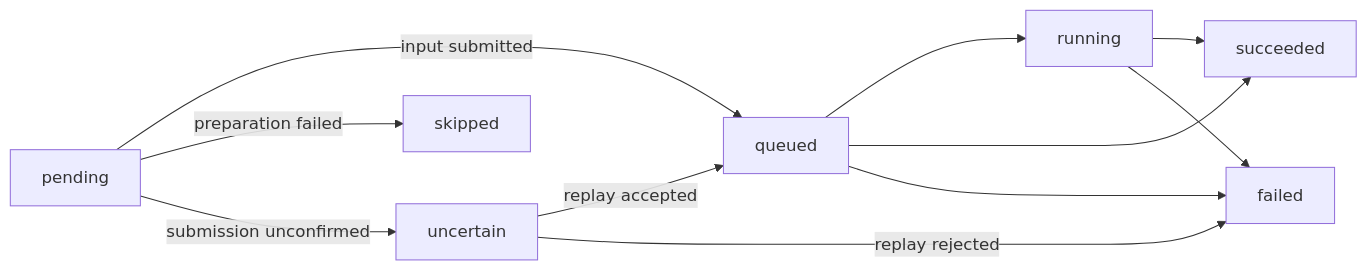
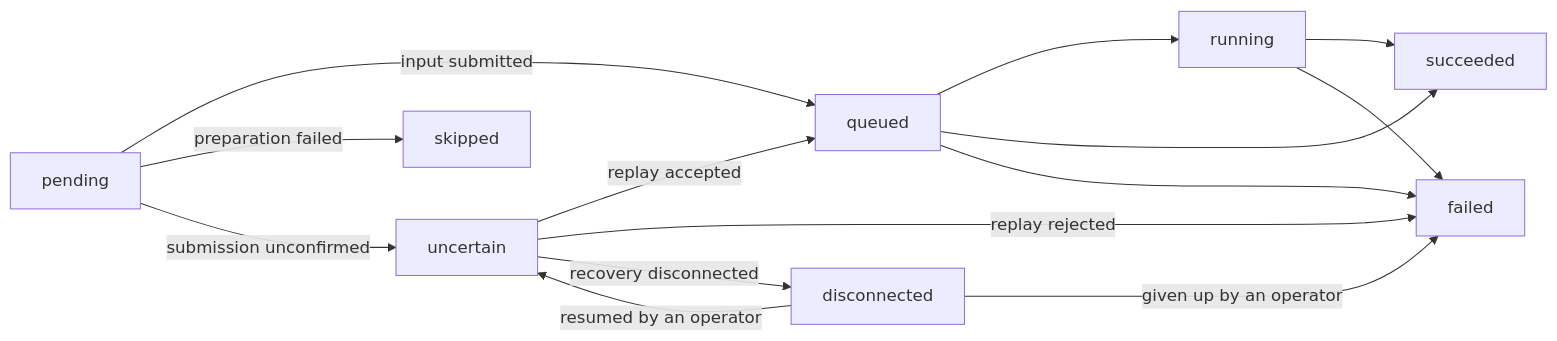
One commit to Agent-AI-Chalmers/sec-review-bot changed the third of 5 diagrams in services/review-runs/README.md. Above: the diagram before and after it, drawn with Mermaid. The commit also changed other lines of this file and 5 other files, not shown here.

````diff
--- a/services/review-runs/README.md
+++ b/services/review-runs/README.md
@@ -94,12 +99,15 @@
 ```mermaid
 flowchart LR
   pending -->|input submitted| queued
   pending -->|preparation failed| skipped
   pending -->|submission unconfirmed| uncertain
+  uncertain -->|replay accepted| queued
+  uncertain -->|replay rejected| failed
+  uncertain -->|recovery disconnected| disconnected
+  disconnected -->|resumed by an operator| uncertain
+  disconnected -->|given up by an operator| failed
   queued --> running --> succeeded
   queued --> succeeded
   queued --> failed
   running --> failed
-  uncertain -->|replay accepted| queued
-  uncertain -->|replay rejected| failed
 ```
````
